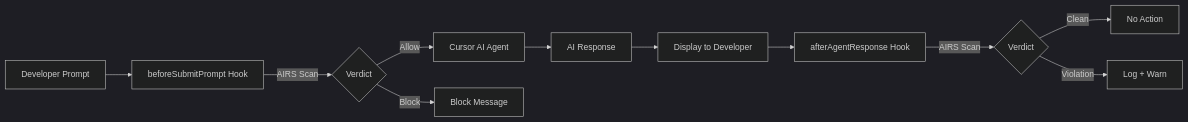
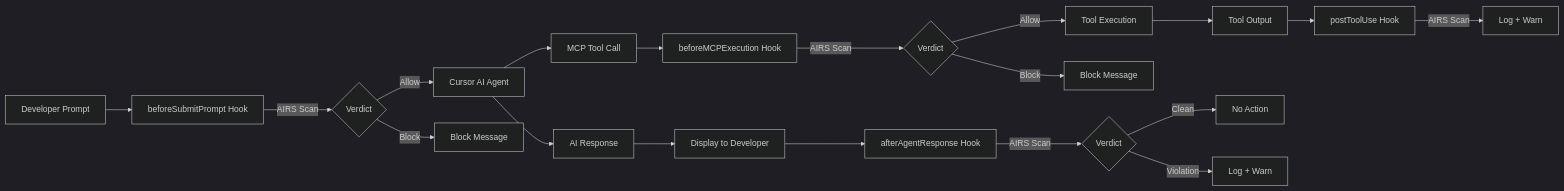
The diagram in docs/index.md (cdot65/prisma-airs-cursor-hooks), drawn with Mermaid (dark theme) before and after one commit. The commit also changed other lines of this file and 12 other files, not shown here.

````diff
--- a/docs/index.md
+++ b/docs/index.md
@@ -36,13 +36,21 @@
 ```mermaid
 flowchart LR
     A[Developer Prompt] --> B[beforeSubmitPrompt Hook]
     B -->|AIRS Scan| C{Verdict}
     C -->|Allow| D[Cursor AI Agent]
     C -->|Block| E[Block Message]
-    D --> F[AI Response]
-    F --> I[Display to Developer]
-    I --> G[afterAgentResponse Hook]
+    D --> F[MCP Tool Call]
+    F --> G[beforeMCPExecution Hook]
     G -->|AIRS Scan| H{Verdict}
-    H -->|Clean| K[No Action]
-    H -->|Violation| J[Log + Warn]
+    H -->|Allow| I[Tool Execution]
+    H -->|Block| J[Block Message]
+    I --> K[Tool Output]
+    K --> L[postToolUse Hook]
+    L -->|AIRS Scan| M[Log + Warn]
+    D --> N[AI Response]
+    N --> O[Display to Developer]
+    O --> P[afterAgentResponse Hook]
+    P -->|AIRS Scan| Q{Verdict}
+    Q -->|Clean| R[No Action]
+    Q -->|Violation| S[Log + Warn]
 ```
````
